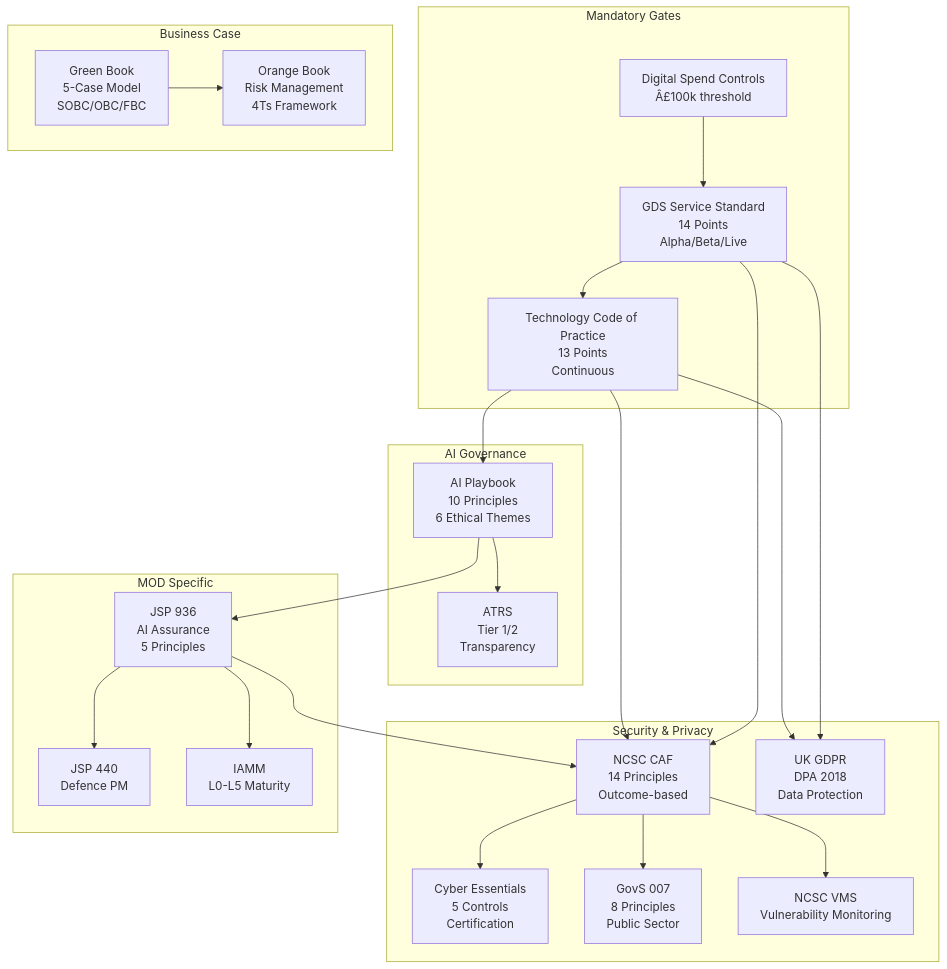
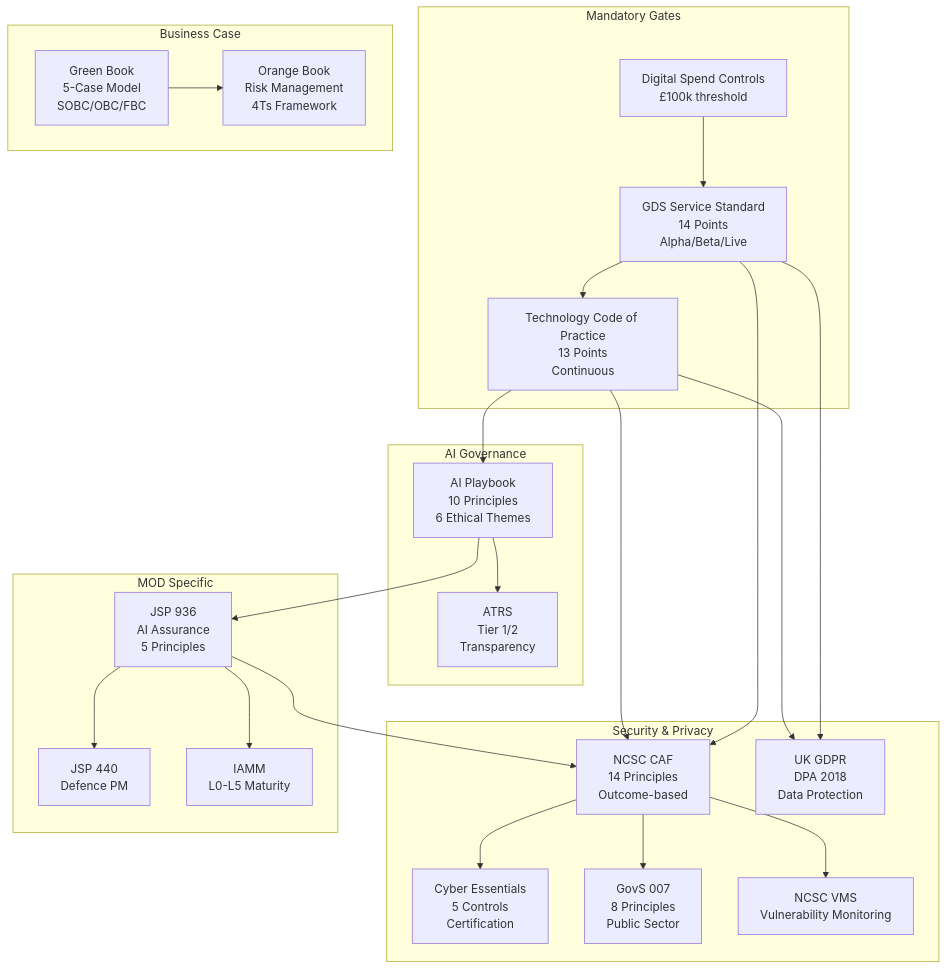
Before and after one commit to AmirulAndalib/arc-kit: the diagram in docs/book-research/deepwiki-diagrams/candidates/3c6d2d89.mmd, drawn with Mermaid. The commit also changed 9 other files, not shown here.

First line of the commit message:
docs: audit remaining 16 candidates; deep-fix converter, doc-types, analyze flow, filename validator

```diff
--- a/docs/book-research/deepwiki-diagrams/candidates/3c6d2d89.mmd
+++ b/docs/book-research/deepwiki-diagrams/candidates/3c6d2d89.mmd
@@ -1,51 +1,52 @@
+%% audited 2026-04-20 (bulk path/version fixes)
 graph TB
     subgraph "Mandatory Gates"
         SERVICE["GDS Service Standard<br/>14 Points<br/>Alpha/Beta/Live"]
         TCOP["Technology Code of Practice<br/>13 Points<br/>Continuous"]
-        SPEND["Digital Spend Controls<br/>Â£100k threshold"]
+        SPEND["Digital Spend Controls<br/>£100k threshold"]
     end
     
     subgraph "Security & Privacy"
         CAF["NCSC CAF<br/>14 Principles<br/>Outcome-based"]
         CE["Cyber Essentials<br/>5 Controls<br/>Certification"]
         GOVS["GovS 007<br/>8 Principles<br/>Public Sector"]
         VMS["NCSC VMS<br/>Vulnerability Monitoring"]
         GDPR["UK GDPR<br/>DPA 2018<br/>Data Protection"]
     end
     
     subgraph "AI Governance"
         AIPLAY["AI Playbook<br/>10 Principles<br/>6 Ethical Themes"]
         ATRS["ATRS<br/>Tier 1/2<br/>Transparency"]
     end
     
     subgraph "Business Case"
         GREEN["Green Book<br/>5-Case Model<br/>SOBC/OBC/FBC"]
         ORANGE["Orange Book<br/>Risk Management<br/>4Ts Framework"]
     end
     
     subgraph "MOD Specific"
         JSP936["JSP 936<br/>AI Assurance<br/>5 Principles"]
         JSP440["JSP 440<br/>Defence PM"]
         IAMM["IAMM<br/>L0-L5 Maturity"]
     end
     
     SERVICE --> TCOP
     SERVICE --> CAF
     SERVICE --> GDPR
     TCOP --> CAF
     TCOP --> GDPR
     TCOP --> AIPLAY
     SPEND --> SERVICE
     
     CAF --> CE
     CAF --> GOVS
     CAF --> VMS
     
     AIPLAY --> ATRS
     AIPLAY --> JSP936
     
     GREEN --> ORANGE
     
     JSP936 --> JSP440
     JSP936 --> IAMM
     JSP936 --> CAF
```
